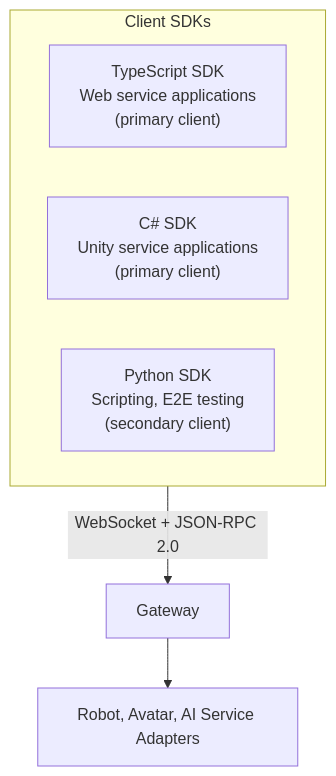
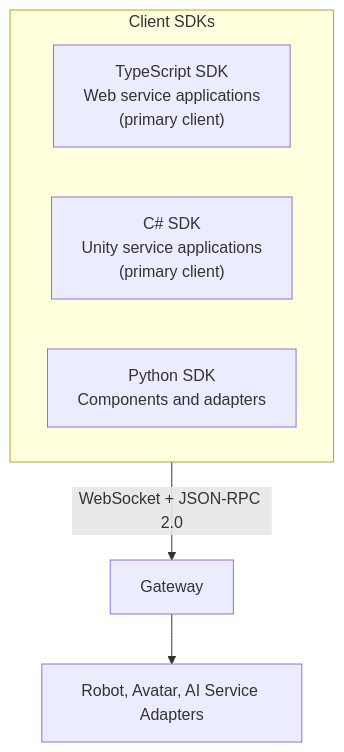
The eighth of 18 diagrams in docs/white-paper.md (openrois/openrois), drawn with Mermaid before and after one commit. The commit also changed other lines of this file and 43 other files, not shown here.

````diff
--- a/docs/white-paper.md
+++ b/docs/white-paper.md
@@ -640,12 +646,12 @@
 ```mermaid
 flowchart TB
     subgraph SDKs["Client SDKs"]
         direction LR
         TS["TypeScript SDK<br/>Web service applications<br/>(primary client)"]
         CSharp["C# SDK<br/>Unity service applications<br/>(primary client)"]
-        Py["Python SDK<br/>Scripting, E2E testing<br/>(secondary client)"]
+        Py["Python SDK<br/>Components and adapters"]
     end
 
     SDKs -->|"WebSocket + JSON-RPC 2.0"| Gateway["Gateway"]
     Gateway --> Adapters["Robot, Avatar, AI Service Adapters"]
 ```
````
